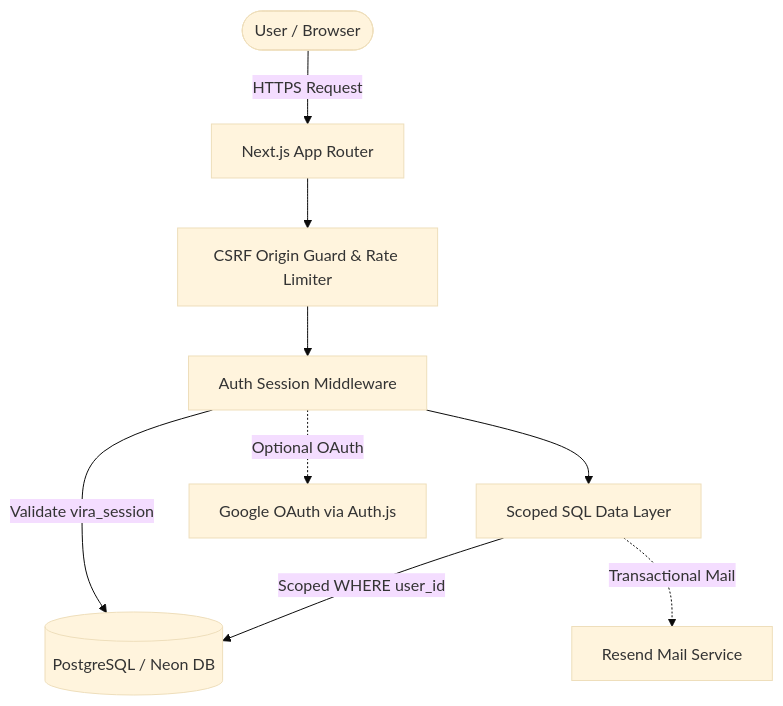
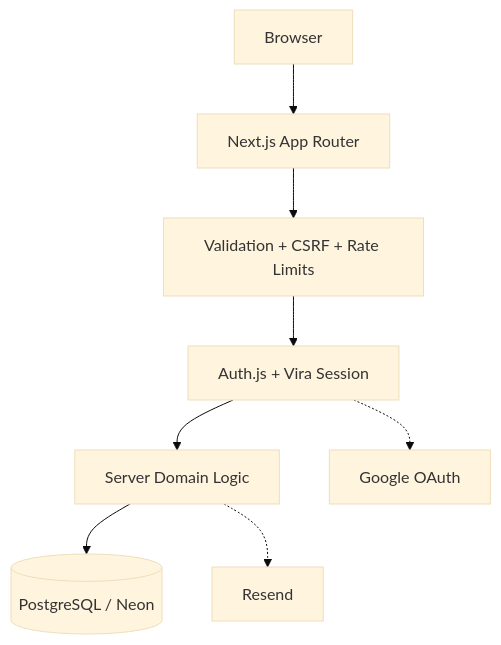
One commit to nextern-dev/Vira changed the first of 2 diagrams in README.md. Above: the diagram before and after it, drawn with Mermaid (base theme). The commit also changed other lines of this file, not shown here.

````diff
--- a/README.md
+++ b/README.md
@@ -29,21 +100,19 @@
 ```mermaid
 graph TD
-  User([User / Browser])
-  NextRouter[Next.js App Router]
-  CSRF[CSRF Origin Guard & Rate Limiter]
-  AuthLayer[Auth Session Middleware]
-  QueryLayer[Scoped SQL Data Layer]
-  Postgres[(PostgreSQL / Neon DB)]
-  OAuth[Google OAuth via Auth.js]
-  Mail[Resend Mail Service]
+  Browser[Browser]
+  App[Next.js App Router]
+  Guards[Validation + CSRF + Rate Limits]
+  Auth[Auth.js + Vira Session]
+  Domain[Server Domain Logic]
+  DB[(PostgreSQL / Neon)]
+  Google[Google OAuth]
+  Mail[Resend]
 
-  User -->|HTTPS Request| NextRouter
-  NextRouter --> CSRF
-  CSRF --> AuthLayer
-  AuthLayer -->|Validate vira_session| Postgres
-  AuthLayer --> QueryLayer
-  QueryLayer -->|Scoped WHERE user_id| Postgres
-
-  AuthLayer -.->|Optional OAuth| OAuth
-  QueryLayer -.->|Transactional Mail| Mail
+  Browser --> App
+  App --> Guards
+  Guards --> Auth
+  Auth --> Domain
+  Domain --> DB
+  Auth -.-> Google
+  Domain -.-> Mail
 ```
````
